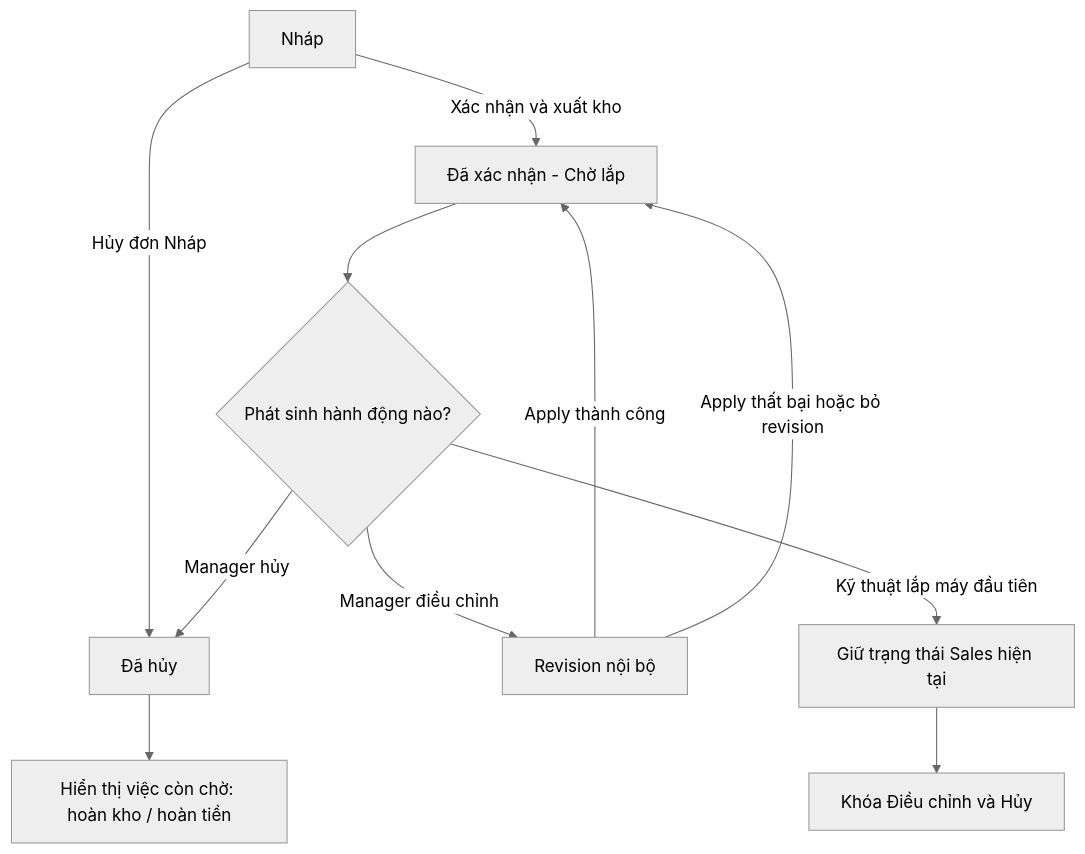
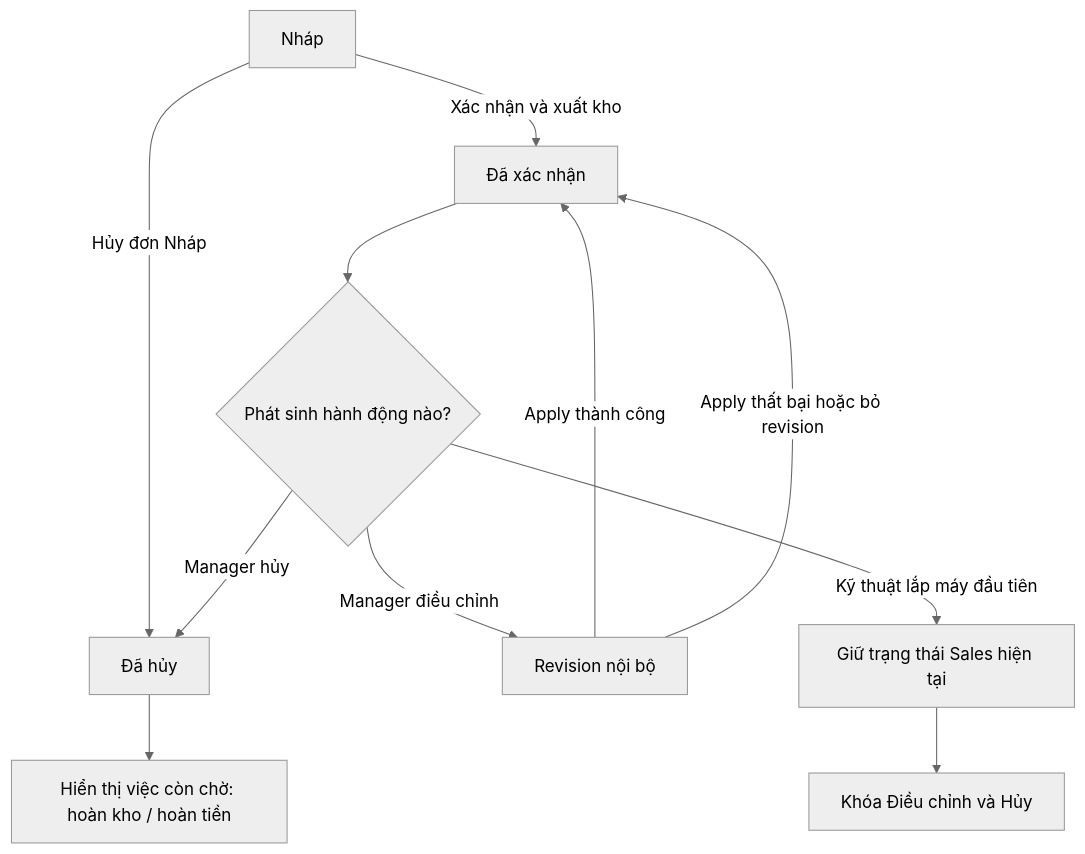
The first of 9 diagrams in docs/SALES_PRE_INSTALLATION_CHANGE_CANCELLATION_FLOWS.md (thangbq190893/VpureLux), drawn with Mermaid (neutral theme) before and after one commit. The commit also changed other lines of this file and 7 other files, not shown here.

````diff
--- a/docs/SALES_PRE_INSTALLATION_CHANGE_CANCELLATION_FLOWS.md
+++ b/docs/SALES_PRE_INSTALLATION_CHANGE_CANCELLATION_FLOWS.md
@@ -7,16 +7,16 @@
 ```mermaid
 flowchart TD
-    A["Nháp"] -->|"Xác nhận và xuất kho"| B["Đã xác nhận - Chờ lắp"]
+    A["Nháp"] -->|"Xác nhận và xuất kho"| B["Đã xác nhận"]
     A -->|"Hủy đơn Nháp"| C["Đã hủy"]
 
     B --> D{"Phát sinh hành động nào?"}
     D -->|"Manager điều chỉnh"| E["Revision nội bộ"]
     E -->|"Apply thành công"| B
     E -->|"Apply thất bại hoặc bỏ revision"| B
 
     D -->|"Manager hủy"| C
     C --> F["Hiển thị việc còn chờ: hoàn kho / hoàn tiền"]
 
     D -->|"Kỹ thuật lắp máy đầu tiên"| G["Giữ trạng thái Sales hiện tại"]
     G --> H["Khóa Điều chỉnh và Hủy"]
 ```
````
